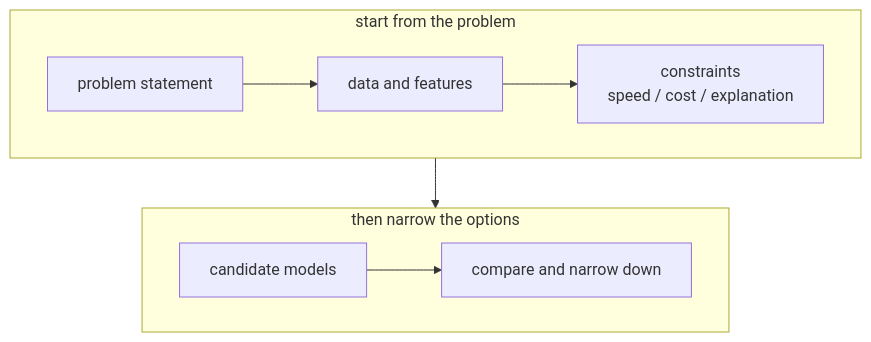
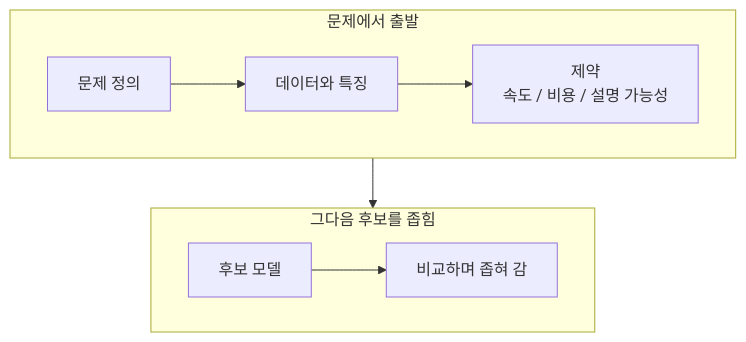
The first of 3 diagrams in docs/parts/part-04/chapter-08/section-01.md (devchan64/AiBook), drawn with Mermaid before and after one commit. The commit also changed other lines of this file and 138 other files, not shown here.

````diff
--- a/docs/parts/part-04/chapter-08/section-01.md
+++ b/docs/parts/part-04/chapter-08/section-01.md
@@ -253,18 +253,18 @@
 ```mermaid
 flowchart TD
-  subgraph R1["start from the problem"]
+  subgraph R1["문제에서 출발"]
     direction LR
-    A["problem statement"]
-    B["data and features"]
-    C["constraints<br/>speed / cost / explanation"]
+    A["문제 정의"]
+    B["데이터와 특징"]
+    C["제약<br/>속도 / 비용 / 설명 가능성"]
   end
 
-  subgraph R2["then narrow the options"]
+  subgraph R2["그다음 후보를 좁힘"]
     direction LR
-    D["candidate models"]
-    E["compare and narrow down"]
+    D["후보 모델"]
+    E["비교하며 좁혀 감"]
   end
 
   A --> B --> C
   C --> D --> E
 ```
````
